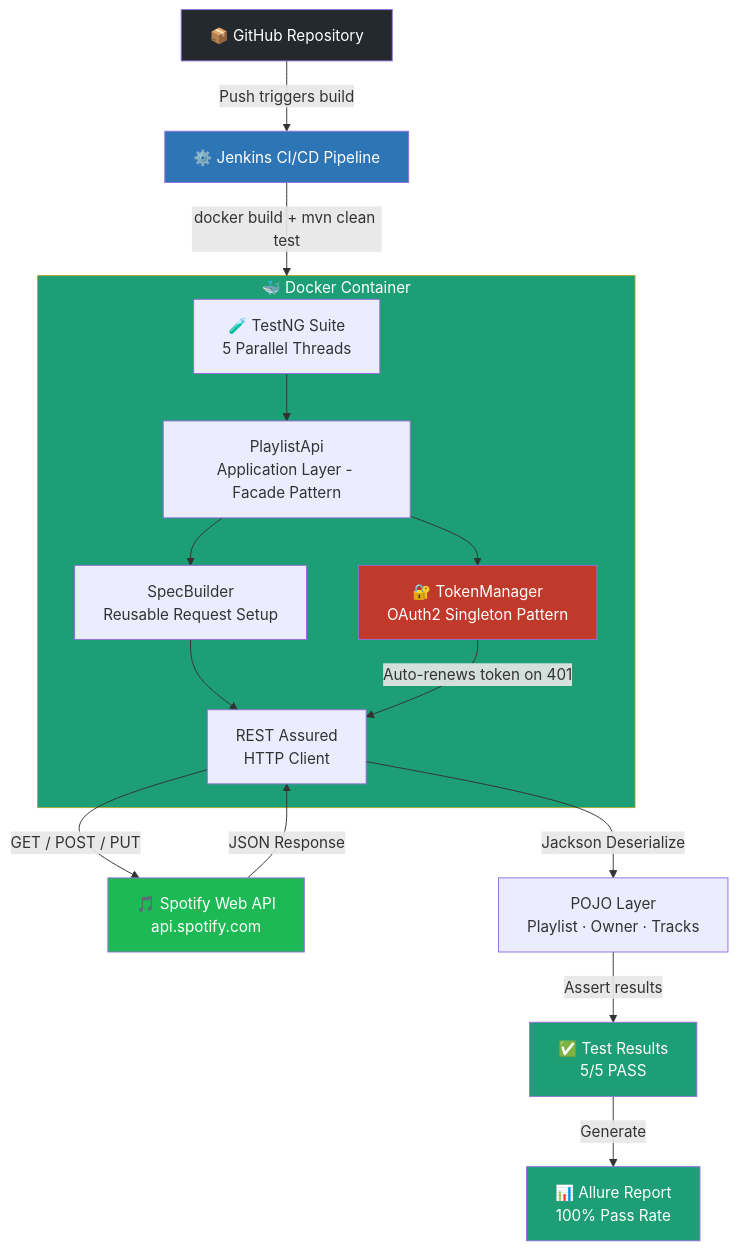
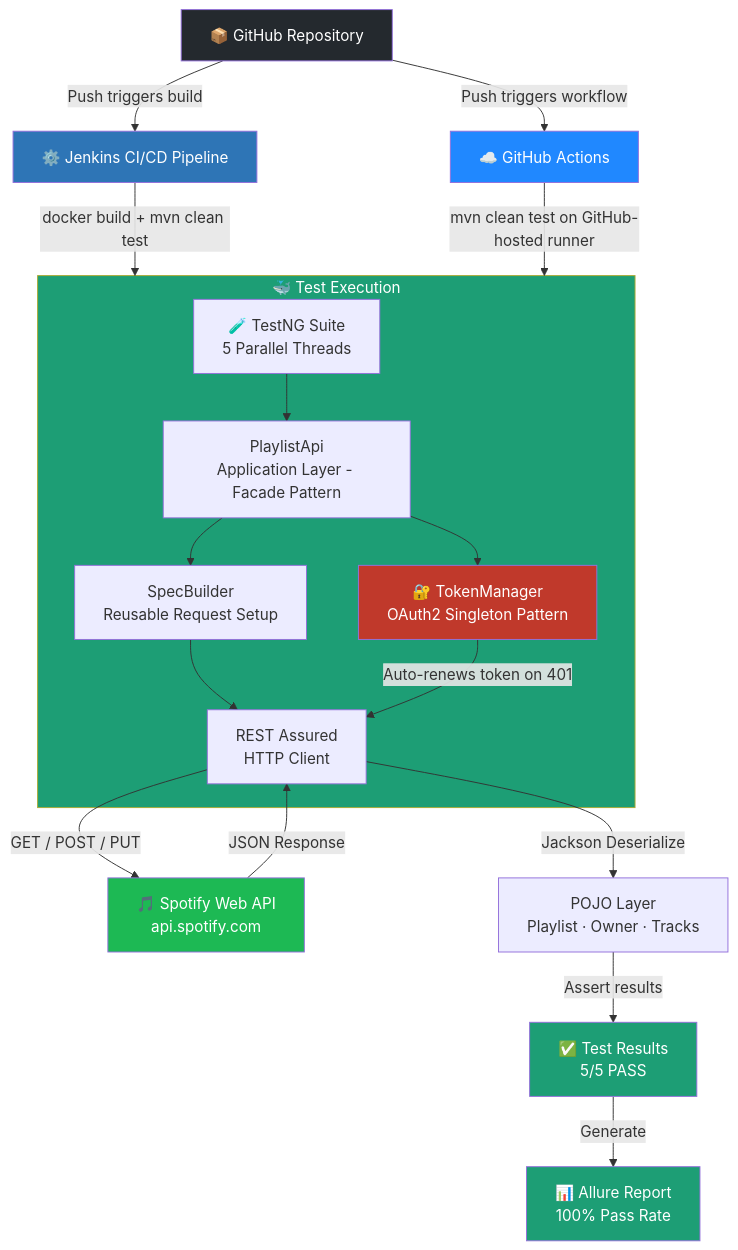
One commit to bsuranjit/RestAssuredTestngFramework changed the diagram in README.md. Above: the diagram before and after it, drawn with Mermaid. The commit also changed other lines of this file, not shown here.

````diff
--- a/README.md
+++ b/README.md
@@ -93,28 +96,31 @@
 ```mermaid
 graph TD
     GH[📦 GitHub Repository] -->|Push triggers build| J[⚙️ Jenkins CI/CD Pipeline]
+    GH -->|Push triggers workflow| GA[☁️ GitHub Actions]
     J -->|docker build + mvn clean test| D
+    GA -->|mvn clean test on GitHub-hosted runner| D
 
-    subgraph D[🐳 Docker Container]
+    subgraph D[🐳 Test Execution]
         TS[🧪 TestNG Suite\n5 Parallel Threads]
         TS --> PA[PlaylistApi\nApplication Layer - Facade Pattern]
         PA --> SB[SpecBuilder\nReusable Request Setup]
         PA --> TM[🔐 TokenManager\nOAuth2 Singleton Pattern]
         SB --> RR[REST Assured\nHTTP Client]
         TM -->|Auto-renews token on 401| RR
     end
 
     RR -->|GET / POST / PUT| SPOT[🎵 Spotify Web API\napi.spotify.com]
     SPOT -->|JSON Response| RR
     RR -->|Jackson Deserialize| POJO[POJO Layer\nPlaylist · Owner · Tracks]
     POJO -->|Assert results| RESULT[✅ Test Results\n5/5 PASS]
     RESULT -->|Generate| AR[📊 Allure Report\n100% Pass Rate]
 
     style GH fill:#24292e,color:#fff
     style J fill:#2E75B6,color:#fff
+    style GA fill:#2088FF,color:#fff
     style D fill:#1D9E75,color:#fff
     style SPOT fill:#1DB954,color:#fff
     style TM fill:#C0392B,color:#fff
     style AR fill:#1D9E75,color:#fff
     style RESULT fill:#1D9E75,color:#fff
 ```
````
